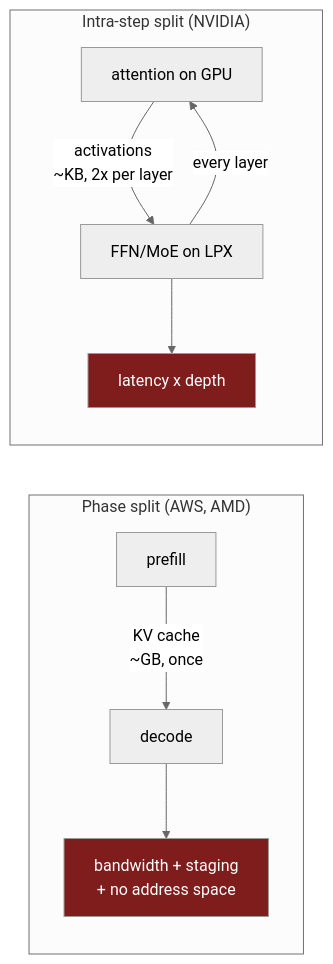
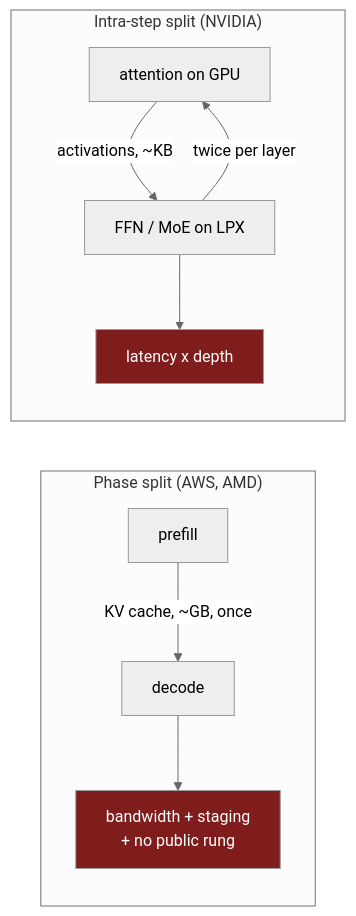
The third of 3 diagrams in _posts/2026-08-19-there-is-no-address.md (hiraditya/hiraditya.github.io), drawn with Mermaid (neutral theme) before and after one commit. The commit also changed other lines of this file, not shown here.

````diff
--- a/_posts/2026-08-19-there-is-no-address.md
+++ b/_posts/2026-08-19-there-is-no-address.md
@@ -121,14 +166,14 @@
 ```mermaid
 graph LR
     subgraph A["Phase split (AWS, AMD)"]
-        A1["prefill"] -->|"KV cache<br/>~GB, once"| A2["decode"]
-        A2 --> A3["bandwidth + staging<br/>+ no address space"]
+        A1["prefill"] -->|"KV cache, ~GB, once"| A2["decode"]
+        A2 --> A3["bandwidth + staging<br/>+ no public rung"]
     end
     subgraph B["Intra-step split (NVIDIA)"]
-        B1["attention on GPU"] -->|"activations<br/>~KB, 2x per layer"| B2["FFN/MoE on LPX"]
-        B2 -->|"every layer"| B1
+        B1["attention on GPU"] -->|"activations, ~KB"| B2["FFN / MoE on LPX"]
+        B2 -->|"twice per layer"| B1
         B2 --> B3["latency x depth"]
     end
     style A3 fill:#7f1d1d,color:#fff
     style B3 fill:#7f1d1d,color:#fff
 ```
````
